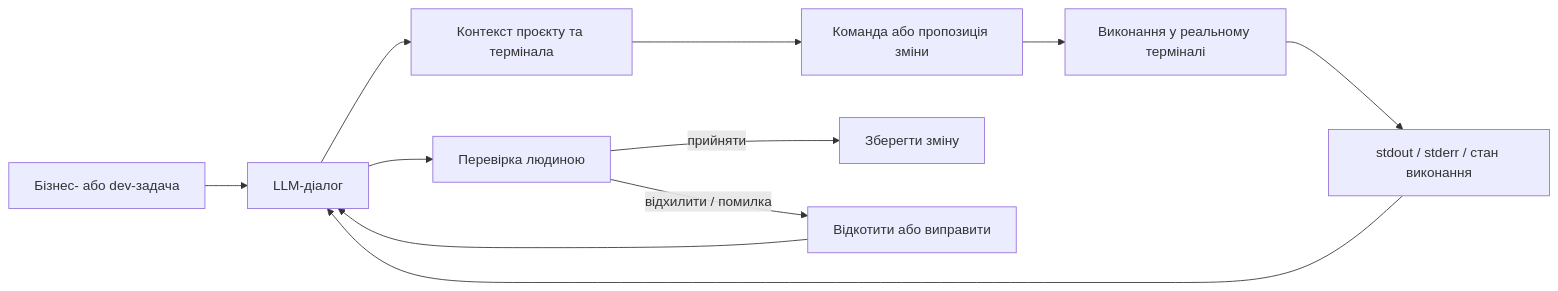
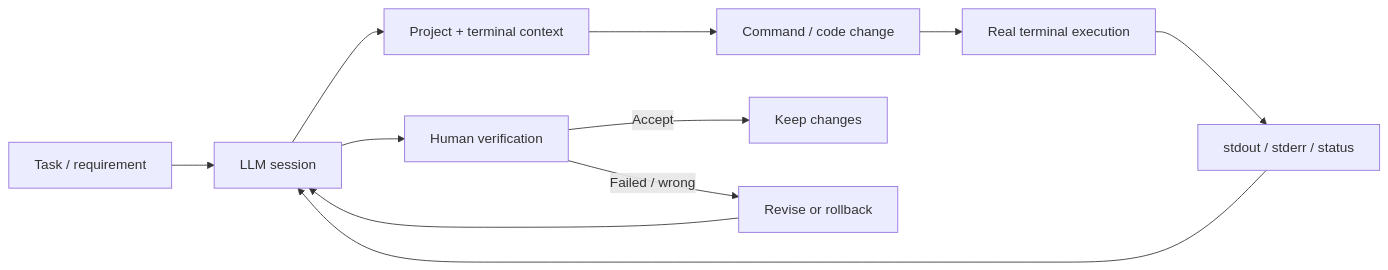
Before and after one commit to kat151599/AI_Development_Workbench: the diagram in README.md, drawn with Mermaid. The commit also changed other lines of this file, not shown here.

````diff
--- a/README.md
+++ b/README.md
@@ -36,13 +67,13 @@
 ```mermaid
 flowchart LR
-    A[Бізнес- або dev-задача] --> B[LLM-діалог]
-    B --> C[Контекст проєкту та термінала]
-    C --> D[Команда або пропозиція зміни]
-    D --> E[Виконання у реальному терміналі]
-    E --> F[stdout / stderr / стан виконання]
+    A[Task / requirement] --> B[LLM session]
+    B --> C[Project + terminal context]
+    C --> D[Command / code change]
+    D --> E[Real terminal execution]
+    E --> F[stdout / stderr / status]
     F --> B
-    B --> G[Перевірка людиною]
-    G -->|прийняти| H[Зберегти зміну]
-    G -->|відхилити / помилка| I[Відкотити або виправити]
+    B --> G[Human verification]
+    G -->|Accept| H[Keep changes]
+    G -->|Failed / wrong| I[Revise or rollback]
     I --> B
 ```
````
